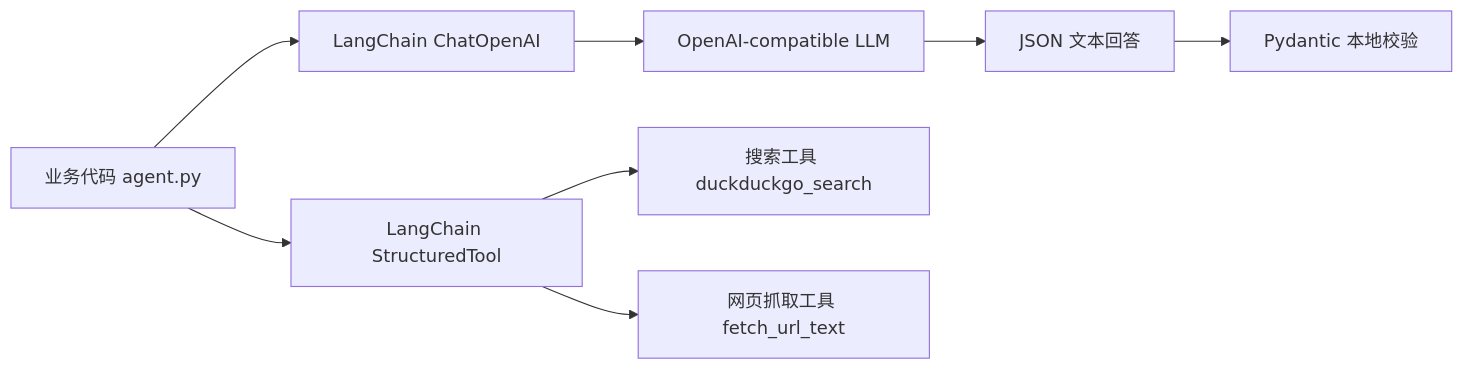
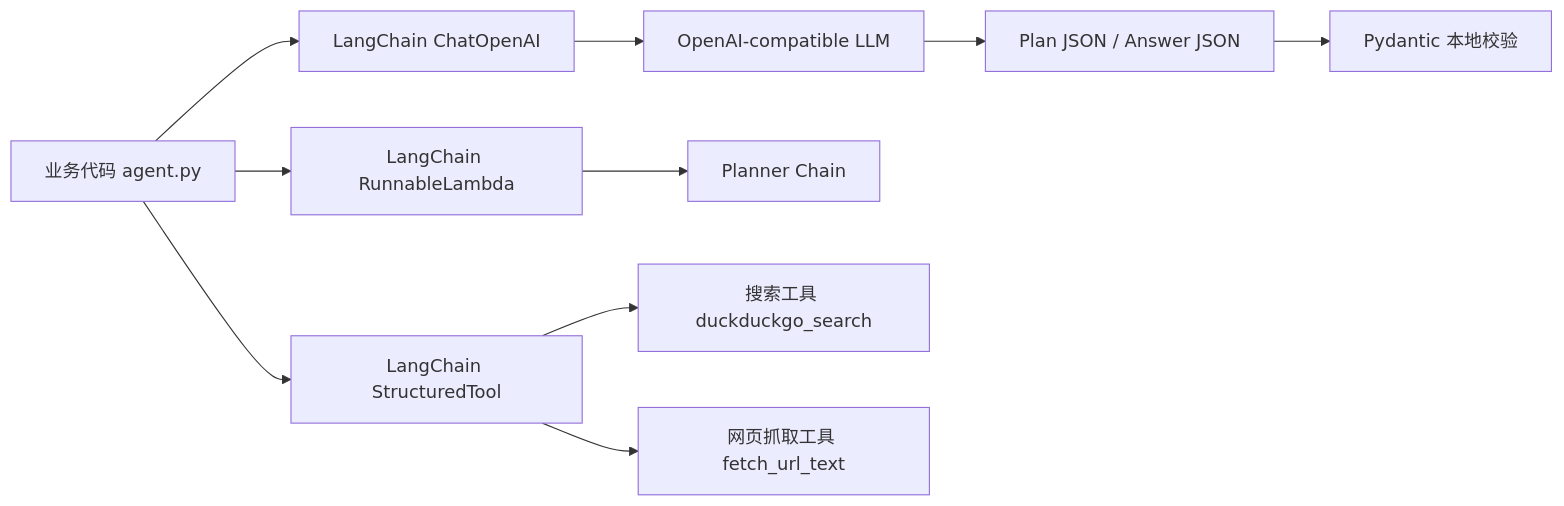
One commit to YinL04/GoalMind changed the fifth of 10 diagrams in 技术文档.md. Above: the diagram before and after it, drawn with Mermaid. The commit also changed other lines of this file and 3 other files, not shown here.

````diff
--- a/技术文档.md
+++ b/技术文档.md
@@ -143,10 +312,12 @@
 ```mermaid
 flowchart LR
     A["业务代码 agent.py"] --> B["LangChain ChatOpenAI"]
     B --> C["OpenAI-compatible LLM"]
-    A --> D["LangChain StructuredTool"]
-    D --> E["搜索工具 duckduckgo_search"]
-    D --> F["网页抓取工具 fetch_url_text"]
-    C --> G["JSON 文本回答"]
-    G --> H["Pydantic 本地校验"]
+    A --> D["LangChain RunnableLambda"]
+    D --> E["Planner Chain"]
+    A --> F["LangChain StructuredTool"]
+    F --> G["搜索工具 duckduckgo_search"]
+    F --> H["网页抓取工具 fetch_url_text"]
+    C --> I["Plan JSON / Answer JSON"]
+    I --> J["Pydantic 本地校验"]
 ```
````
